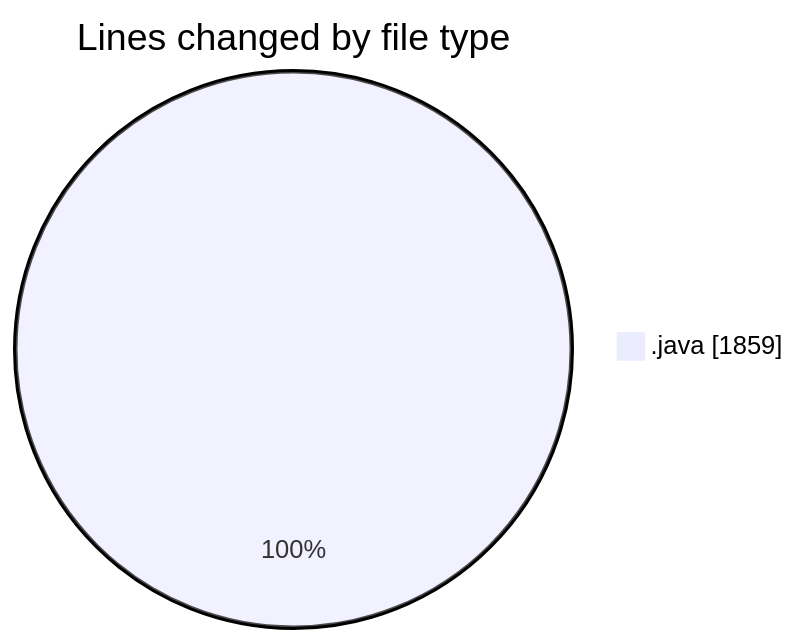
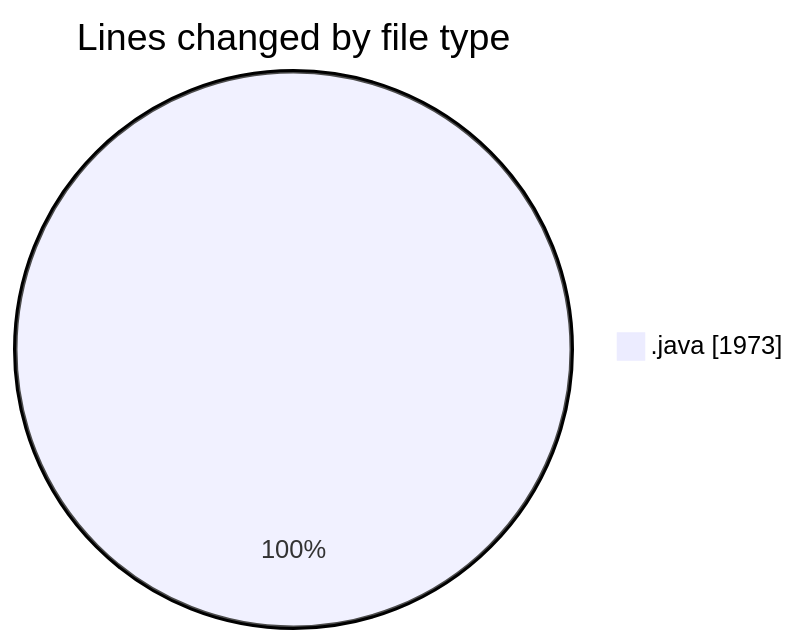
The first of 2 diagrams in 2026-09-08/cilapp/README.md (ricardozamudiocil/code-tracking), drawn with Mermaid before and after one commit. The commit also changed other lines of this file and 1 other file, not shown here.

````diff
--- a/2026-09-08/cilapp/README.md
+++ b/2026-09-08/cilapp/README.md
@@ -22,5 +22,5 @@
 ```mermaid
 pie showData
 title Lines changed by file type
-".java" : 1859
+".java" : 1973
 ```
````
